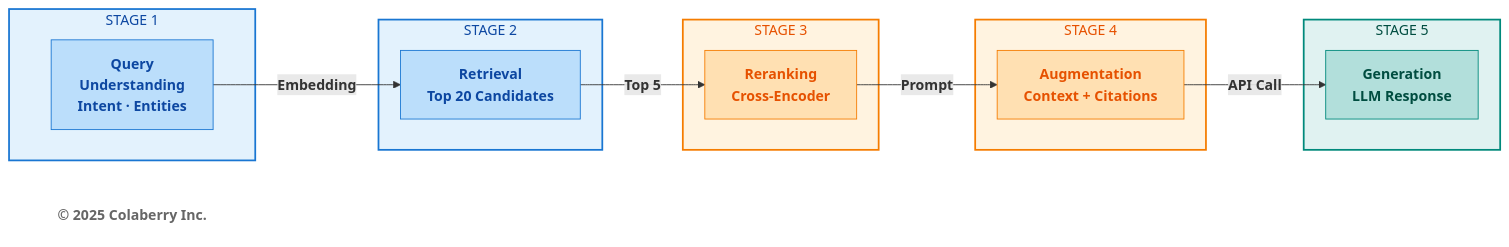
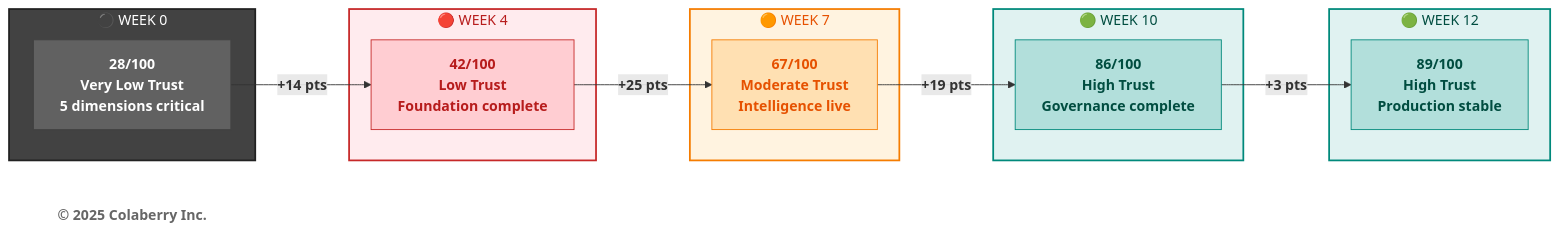
The fifth of 6 diagrams in manuscript/11_chapter_10_week_by_week_implementation.md (saitejesh-cyber/trust-before-intelligence-book), drawn with Mermaid before and after one commit. The commit also changed other lines of this file and 2 other files, not shown here.

````diff
--- a/manuscript/11_chapter_10_week_by_week_implementation.md
+++ b/manuscript/11_chapter_10_week_by_week_implementation.md
@@ -284,38 +961,38 @@
 ```mermaid
 graph LR
-    subgraph STAGE1["STAGE 1"]
-        S1["<b>Query<br/>Understanding</b><br/><b>Intent · Entities</b>"]
+    subgraph WEEK0["⚫ WEEK 0"]
+        W0["<b>28/100</b><br/><b>Very Low Trust</b><br/><b>5 dimensions critical</b>"]
     end
     
-    subgraph STAGE2["STAGE 2"]
-        S2["<b>Retrieval</b><br/><b>Top 20 Candidates</b>"]
+    subgraph WEEK4["🔴 WEEK 4"]
+        W4["<b>42/100</b><br/><b>Low Trust</b><br/><b>Foundation complete</b>"]
     end
     
-    subgraph STAGE3["STAGE 3"]
-        S3["<b>Reranking</b><br/><b>Cross-Encoder</b>"]
+    subgraph WEEK7["🟠 WEEK 7"]
+        W7["<b>67/100</b><br/><b>Moderate Trust</b><br/><b>Intelligence live</b>"]
     end
     
-    subgraph STAGE4["STAGE 4"]
-        S4["<b>Augmentation</b><br/><b>Context + Citations</b>"]
+    subgraph WEEK10["🟢 WEEK 10"]
+        W10["<b>86/100</b><br/><b>High Trust</b><br/><b>Governance complete</b>"]
     end
     
-    subgraph STAGE5["STAGE 5"]
-        S5["<b>Generation</b><br/><b>LLM Response</b>"]
+    subgraph WEEK12["🟢 WEEK 12"]
+        W12["<b>89/100</b><br/><b>High Trust</b><br/><b>Production stable</b>"]
     end
     
-    S1 -->|<b>Embedding</b>| S2 -->|<b>Top 5</b>| S3 -->|<b>Prompt</b>| S4 -->|<b>API Call</b>| S5
+    W0 -->|<b>+14 pts</b>| W4 -->|<b>+25 pts</b>| W7 -->|<b>+19 pts</b>| W10 -->|<b>+3 pts</b>| W12
     
     Copyright["<b>© 2025 Colaberry Inc.</b>"]
     
-    style STAGE1 fill:#e3f2fd,stroke:#1976d2,stroke-width:2px,color:#0d47a1
-    style STAGE2 fill:#e3f2fd,stroke:#1976d2,stroke-width:2px,color:#0d47a1
-    style STAGE3 fill:#fff3e0,stroke:#f57c00,stroke-width:2px,color:#e65100
-    style STAGE4 fill:#fff3e0,stroke:#f57c00,stroke-width:2px,color:#e65100
-    style STAGE5 fill:#e0f2f1,stroke:#00897b,stroke-width:2px,color:#004d40
-    style S1 fill:#bbdefb,stroke:#1976d2,color:#0d47a1
-    style S2 fill:#bbdefb,stroke:#1976d2,color:#0d47a1
-    style S3 fill:#ffe0b2,stroke:#f57c00,color:#e65100
-    style S4 fill:#ffe0b2,stroke:#f57c00,color:#e65100
-    style S5 fill:#b2dfdb,stroke:#00897b,color:#004d40
+    style WEEK0 fill:#424242,stroke:#212121,stroke-width:2px,color:#ffffff
+    style WEEK4 fill:#ffebee,stroke:#c62828,stroke-width:2px,color:#b71c1c
+    style WEEK7 fill:#fff3e0,stroke:#f57c00,stroke-width:2px,color:#e65100
+    style WEEK10 fill:#e0f2f1,stroke:#00897b,stroke-width:2px,color:#004d40
+    style WEEK12 fill:#e0f2f1,stroke:#00897b,stroke-width:2px,color:#004d40
+    style W0 fill:#616161,stroke:#424242,color:#ffffff
+    style W4 fill:#ffcdd2,stroke:#c62828,color:#b71c1c
+    style W7 fill:#ffe0b2,stroke:#f57c00,color:#e65100
+    style W10 fill:#b2dfdb,stroke:#00897b,color:#004d40
+    style W12 fill:#b2dfdb,stroke:#00897b,color:#004d40
     style Copyright fill:#ffffff,stroke:none,color:#666666
 ```
````
